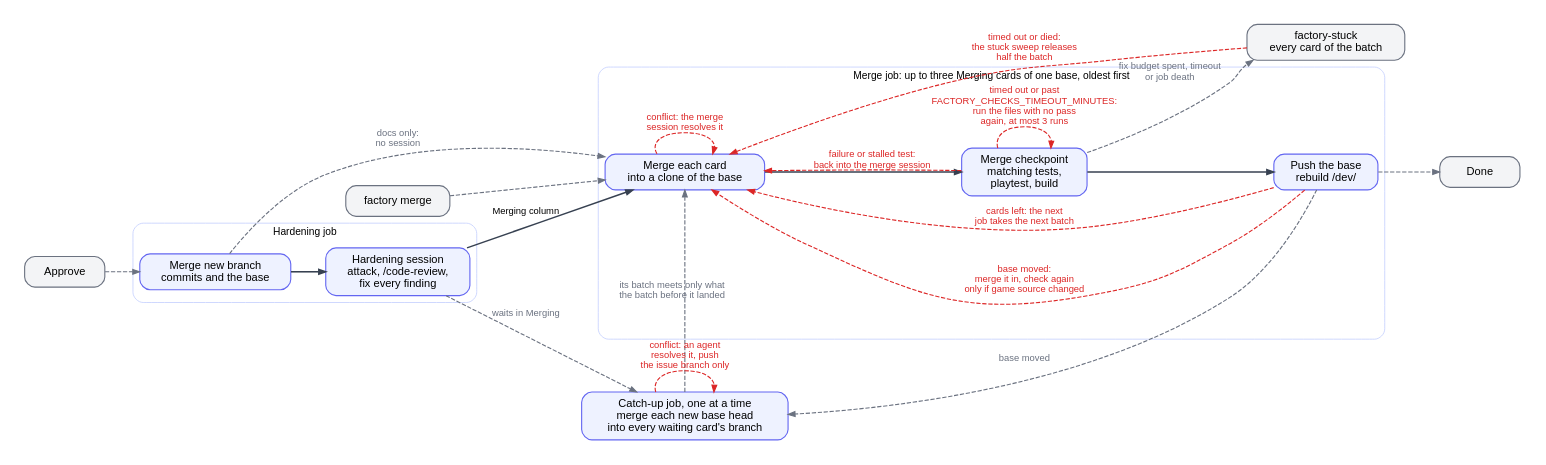
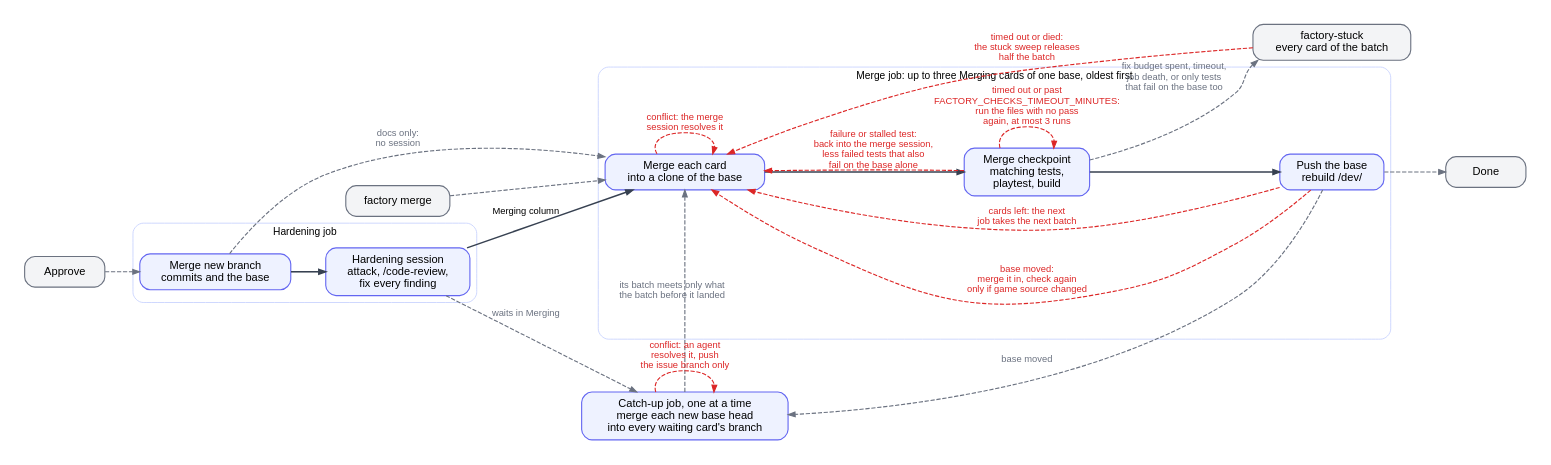
The diagram in factory/docs/diagrams/hardening.dot (ROAM-game-org/road-machiners), drawn with Graphviz before and after one commit. The commit also changed 21 other files, not shown here.

First line of the commit message:
Leave base failures out of the merge fix rounds (#1103)

```diff
--- a/factory/docs/diagrams/hardening.dot
+++ b/factory/docs/diagrams/hardening.dot
@@ -1,40 +1,40 @@
 // Hardening and Merging columns. One hardening session reviews and fixes an approved card. The merge queue checks up to three waiting cards of a base merged together before the base takes them, and the next job takes the rest. Each time a base moves, a catch-up job merges it into the branches of the waiting cards.
 // Red: loops back. Grey: leaves the column or enters from outside.
 digraph hardening {
   rankdir=LR; nodesep=0.35; ranksep=0.55; bgcolor=white; pad=0.3;
   node [shape=box, style="rounded,filled", fillcolor="#eef2ff", color="#6366f1", fontname="Helvetica", fontsize=13, margin="0.2,0.1", penwidth=1.3, width=1.3];
   edge [color="#374151", penwidth=1.8, arrowsize=0.8, fontname="Helvetica", fontsize=11];
   subgraph cluster_harden {
     label="Hardening job"; fontname="Helvetica"; fontsize=12; color="#c7d2fe"; style=rounded;
     HM [label="Merge new branch\ncommits and the base"]; HH [label="Hardening session\nattack, /code-review,\nfix every finding"];
     HM -> HH [weight=100];
   }
   subgraph cluster_merge {
     label="Merge job: up to three Merging cards of one base, oldest first"; fontname="Helvetica"; fontsize=12; color="#c7d2fe"; style=rounded;
     MM [label="Merge each card\ninto a clone of the base"]; MC [label="Merge checkpoint\nmatching tests,\nplaytest, build"]; MP [label="Push the base\nrebuild /dev/"];
     MM -> MC -> MP [weight=100];
   }
   HH -> MM [label="Merging column"];
   CU [label="Catch-up job, one at a time\nmerge each new base head\ninto every waiting card's branch"];
   XA [label="Approve", fillcolor="#f3f4f6", color="#6b7280"];
   XO [label="factory merge", fillcolor="#f3f4f6", color="#6b7280"];
   XS [label="factory-stuck\nevery card of the batch", fillcolor="#f3f4f6", color="#6b7280"];
   XN [label="Done", fillcolor="#f3f4f6", color="#6b7280"];
   edge [color="#dc2626", fontcolor="#dc2626", style=dashed, penwidth=1.3];
   MM -> MM [label="conflict: the merge\nsession resolves it"];
-  MC -> MM [label="failure or stalled test:\nback into the merge session"];
+  MC -> MM [label="failure or stalled test:\nback into the merge session,\nless failed tests that also\nfail on the base alone"];
   MC -> MC [label="timed out or past\nFACTORY_CHECKS_TIMEOUT_MINUTES:\nrun the files with no pass\nagain, at most 3 runs"];
   MP -> MM [label="base moved:\nmerge it in, check again\nonly if game source changed"];
   XS -> MM [label="timed out or died:\nthe stuck sweep releases\nhalf the batch"];
   MP -> MM [label="cards left: the next\njob takes the next batch"];
   CU -> CU [label="conflict: an agent\nresolves it, push\nthe issue branch only"];
   edge [color="#6b7280", fontcolor="#6b7280"];
   XA -> HM;
   HM -> MM [label="docs only:\nno session"];
   XO -> MM;
-  MC -> XS [label="fix budget spent, timeout\nor job death"];
+  MC -> XS [label="fix budget spent, timeout,\njob death, or only tests\nthat fail on the base too"];
   MP -> XN;
   HH -> CU [label="waits in Merging"];
   MP -> CU [label="base moved"];
   CU -> MM [label="its batch meets only what\nthe batch before it landed"];
 }
```
